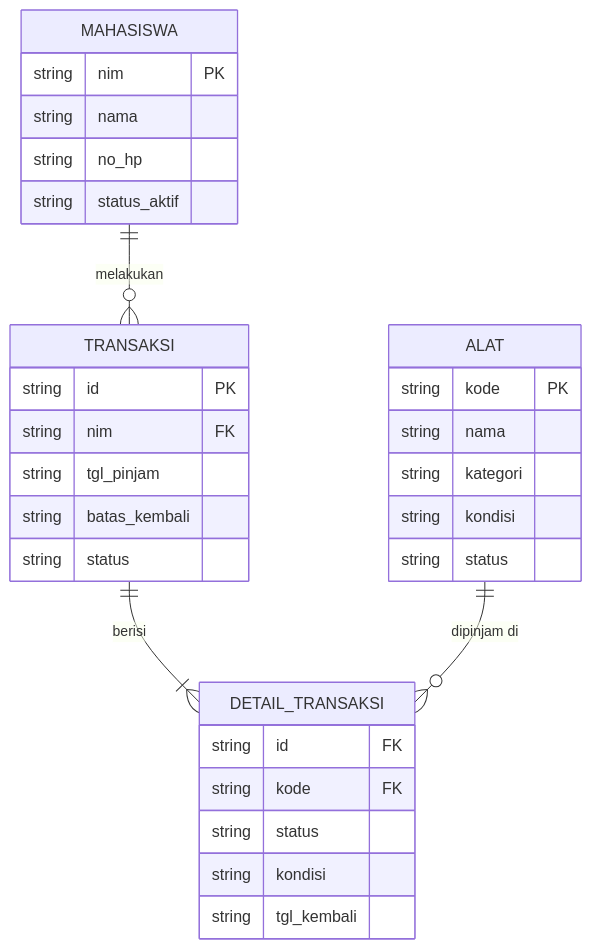
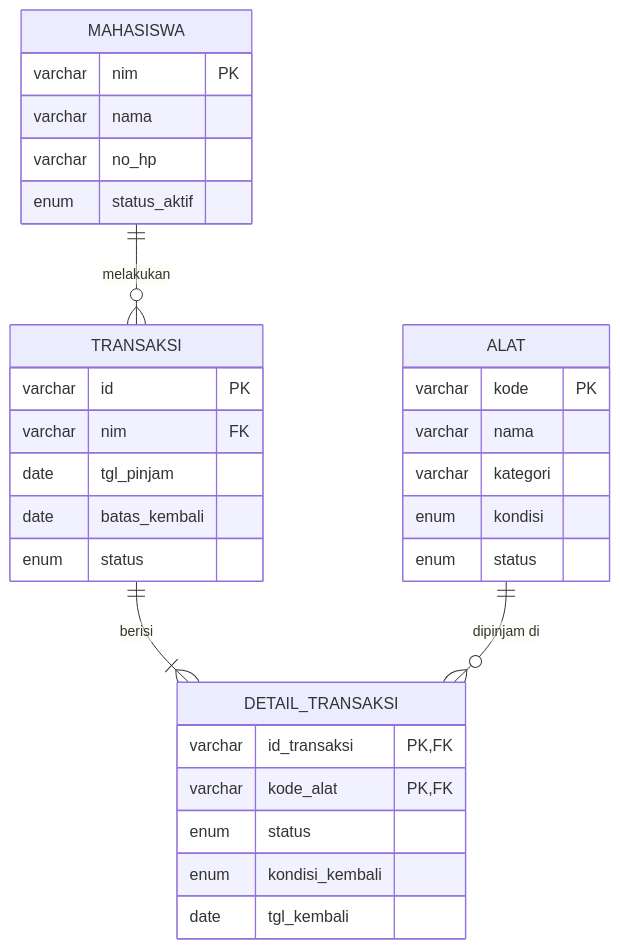
Before and after one commit to rifaidanu/project-praktikum-pemrograman: the second of 10 diagrams in project_kedua/project_instruction.md, drawn with Mermaid. The commit also changed other lines of this file and 7 other files, not shown here.

````diff
--- a/project_kedua/project_instruction.md
+++ b/project_kedua/project_instruction.md
@@ -96,34 +147,34 @@
 ```mermaid
 erDiagram
     MAHASISWA ||--o{ TRANSAKSI : "melakukan"
     TRANSAKSI ||--|{ DETAIL_TRANSAKSI : "berisi"
     ALAT ||--o{ DETAIL_TRANSAKSI : "dipinjam di"
 
     MAHASISWA {
-        string nim PK
-        string nama
-        string no_hp
-        string status_aktif
+        varchar nim PK
+        varchar nama
+        varchar no_hp
+        enum status_aktif
     }
     ALAT {
-        string kode PK
-        string nama
-        string kategori
-        string kondisi
-        string status
+        varchar kode PK
+        varchar nama
+        varchar kategori
+        enum kondisi
+        enum status
     }
     TRANSAKSI {
-        string id PK
-        string nim FK
-        string tgl_pinjam
-        string batas_kembali
-        string status
+        varchar id PK
+        varchar nim FK
+        date tgl_pinjam
+        date batas_kembali
+        enum status
     }
     DETAIL_TRANSAKSI {
-        string id FK
-        string kode FK
-        string status
-        string kondisi
-        string tgl_kembali
+        varchar id_transaksi PK,FK
+        varchar kode_alat PK,FK
+        enum status
+        enum kondisi_kembali
+        date tgl_kembali
     }
 ```
````
